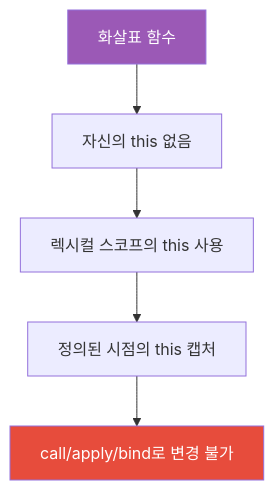
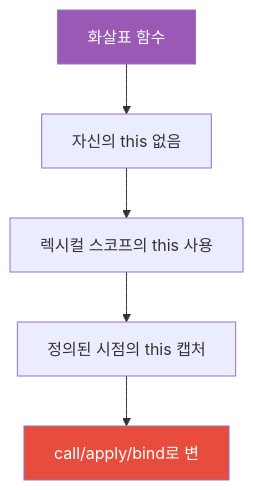
The fifth of 7 diagrams in _posts/frontend/2026-05-02-js-this-binding.md (yjkim2015/yjkim2015.github.io), drawn with Mermaid before and after one commit. The commit also changed other lines of this file and 271 other files, not shown here.

First line of the commit message:
Mermaid 라벨 축소: 긴 노드 텍스트 18자 이하로 트림 + \n 제거

````diff
--- a/_posts/frontend/2026-05-02-js-this-binding.md
+++ b/_posts/frontend/2026-05-02-js-this-binding.md
@@ -294,9 +294,9 @@
 ```mermaid
 graph TD
     A["화살표 함수"] --> B["자신의 this 없음"]
     B --> C["렉시컬 스코프의 this 사용"]
     C --> D["정의된 시점의 this 캡처"]
-    D --> E["call/apply/bind로 변경 불가"]
+    D --> E["call/apply/bind로 변"]
     style A fill:#9b59b6,color:#fff
     style E fill:#e74c3c,color:#fff
 ```
````
